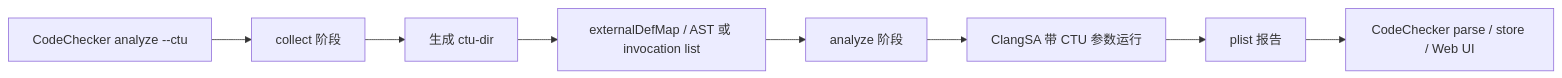
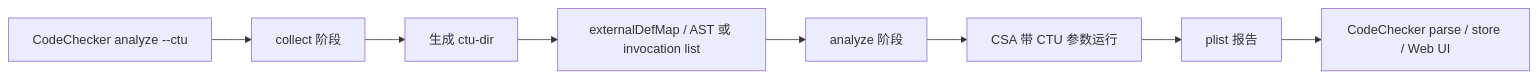
Before and after one commit to Faione/notebook: the fifth of 6 diagrams in software/static_analysis/clang_ctu_analysis.md, drawn with Mermaid. The commit also changed other lines of this file and 6 other files, not shown here.

````diff
--- a/software/static_analysis/clang_ctu_analysis.md
+++ b/software/static_analysis/clang_ctu_analysis.md
@@ -101,10 +314,10 @@
 ```mermaid
 flowchart LR
     A["CodeChecker analyze --ctu"] --> B["collect 阶段"]
     B --> C["生成 ctu-dir"]
     C --> D["externalDefMap / AST 或 invocation list"]
     D --> E["analyze 阶段"]
-    E --> F["ClangSA 带 CTU 参数运行"]
+    E --> F["CSA 带 CTU 参数运行"]
     F --> G["plist 报告"]
     G --> H["CodeChecker parse / store / Web UI"]
 ```
````
